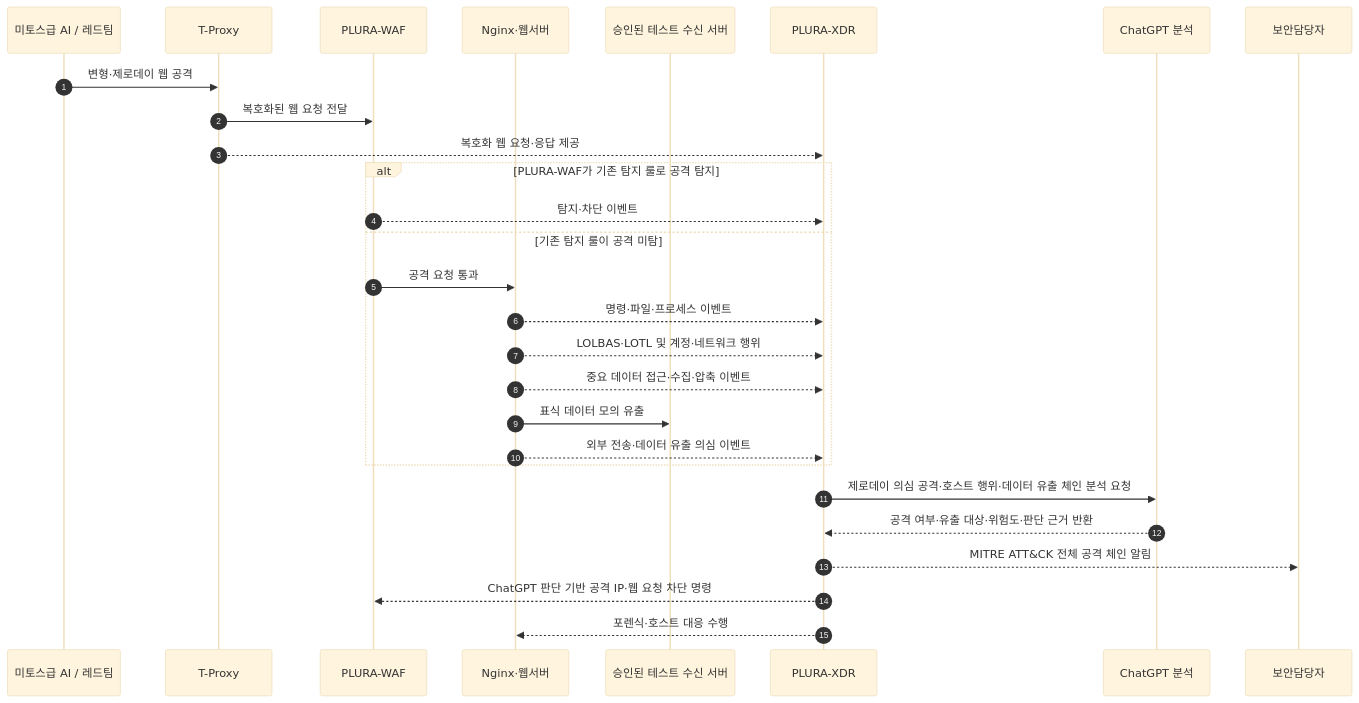
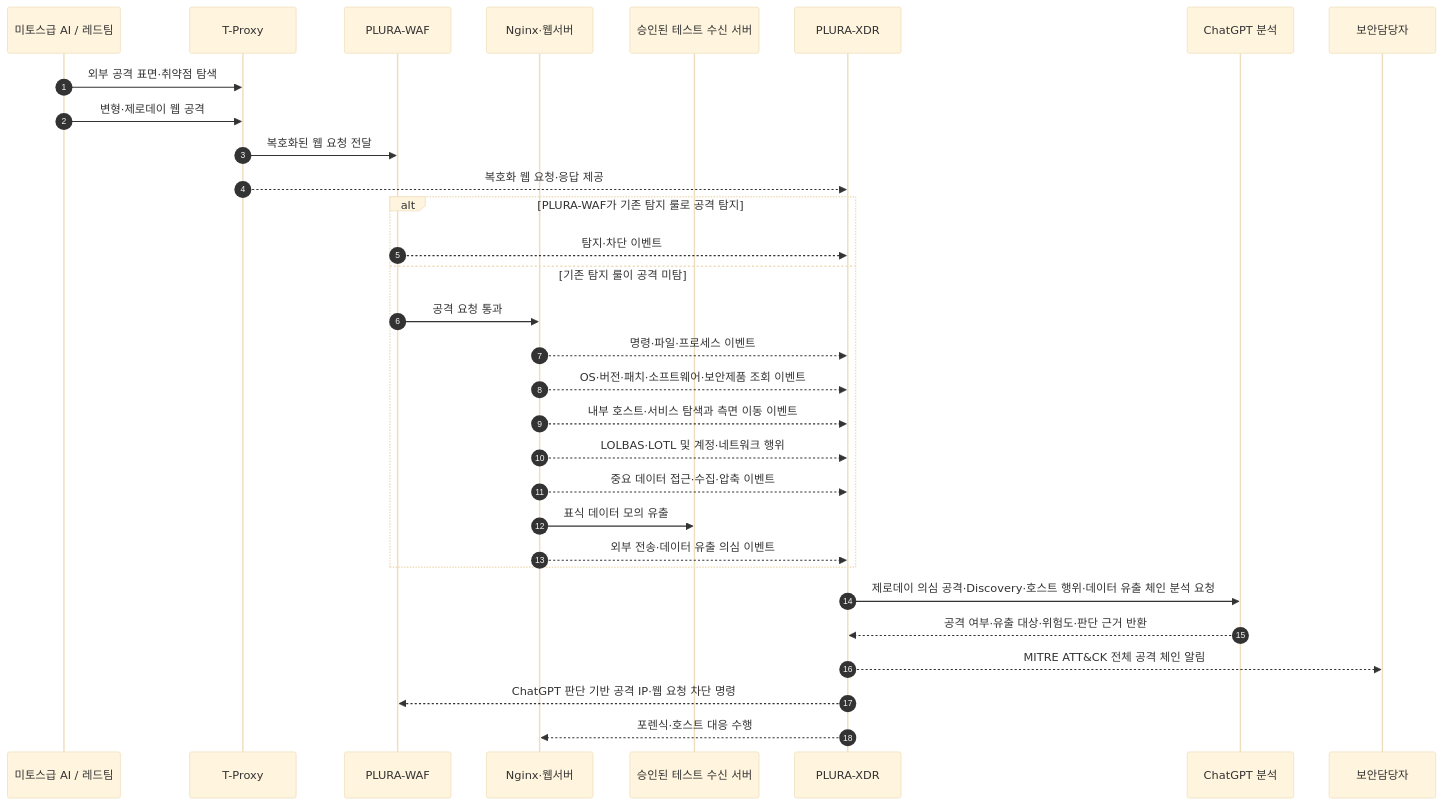
Before and after one commit to qubitsec/plura: the fifth of 5 diagrams in ko/proposal/lg/poc-full.md, drawn with Mermaid (base theme). The commit also changed other lines of this file, not shown here.

````diff
--- a/ko/proposal/lg/poc-full.md
+++ b/ko/proposal/lg/poc-full.md
@@ -333,33 +412,36 @@
 ```mermaid
 sequenceDiagram
     autonumber
     participant RT as 미토스급 AI / 레드팀
     participant TP as T-Proxy
     participant WAF as PLURA-WAF
     participant WEB as Nginx·웹서버
     participant EXT as 승인된 테스트 수신 서버
     participant XDR as PLURA-XDR
     participant AI as ChatGPT 분석
     participant SOC as 보안담당자
 
+    RT->>TP: 외부 공격 표면·취약점 탐색
     RT->>TP: 변형·제로데이 웹 공격
     TP->>WAF: 복호화된 웹 요청 전달
     TP-->>XDR: 복호화 웹 요청·응답 제공
 
     alt PLURA-WAF가 기존 탐지 룰로 공격 탐지
         WAF-->>XDR: 탐지·차단 이벤트
     else 기존 탐지 룰이 공격 미탐
         WAF->>WEB: 공격 요청 통과
         WEB-->>XDR: 명령·파일·프로세스 이벤트
+        WEB-->>XDR: OS·버전·패치·소프트웨어·보안제품 조회 이벤트
+        WEB-->>XDR: 내부 호스트·서비스 탐색과 측면 이동 이벤트
         WEB-->>XDR: LOLBAS·LOTL 및 계정·네트워크 행위
         WEB-->>XDR: 중요 데이터 접근·수집·압축 이벤트
         WEB->>EXT: 표식 데이터 모의 유출
         WEB-->>XDR: 외부 전송·데이터 유출 의심 이벤트
     end
 
-    XDR->>AI: 제로데이 의심 공격·호스트 행위·데이터 유출 체인 분석 요청
+    XDR->>AI: 제로데이 의심 공격·Discovery·호스트 행위·데이터 유출 체인 분석 요청
     AI-->>XDR: 공격 여부·유출 대상·위험도·판단 근거 반환
     XDR-->>SOC: MITRE ATT&CK 전체 공격 체인 알림
     XDR-->>WAF: ChatGPT 판단 기반 공격 IP·웹 요청 차단 명령
     XDR-->>WEB: 포렌식·호스트 대응 수행
 ```
````
